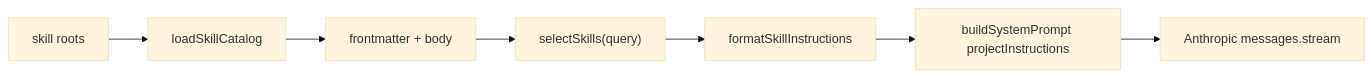
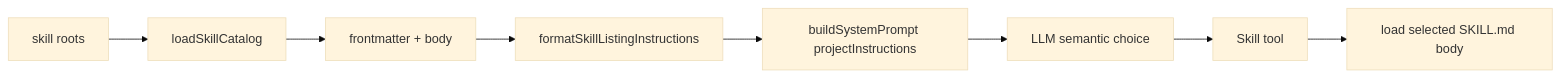
One commit to nova-agents-ai/nova-code changed the diagram in docs/design/M9-skills.md. Above: the diagram before and after it, drawn with Mermaid (base theme). The commit also changed other lines of this file and 23 other files, not shown here.

````diff
--- a/docs/design/M9-skills.md
+++ b/docs/design/M9-skills.md
@@ -13,9 +13,10 @@
 ```mermaid
 flowchart LR
   ROOTS["skill roots"] --> LOAD["loadSkillCatalog"]
   LOAD --> PARSE["frontmatter + body"]
-  PARSE --> MATCH["selectSkills(query)"]
-  MATCH --> PROMPT["formatSkillInstructions"]
-  PROMPT --> SYS["buildSystemPrompt projectInstructions"]
-  SYS --> LLM["Anthropic messages.stream"]
+  PARSE --> LIST["formatSkillListingInstructions"]
+  LIST --> SYS["buildSystemPrompt projectInstructions"]
+  SYS --> LLM["LLM semantic choice"]
+  LLM --> TOOL["Skill tool"]
+  TOOL --> BODY["load selected SKILL.md body"]
 ```
````
